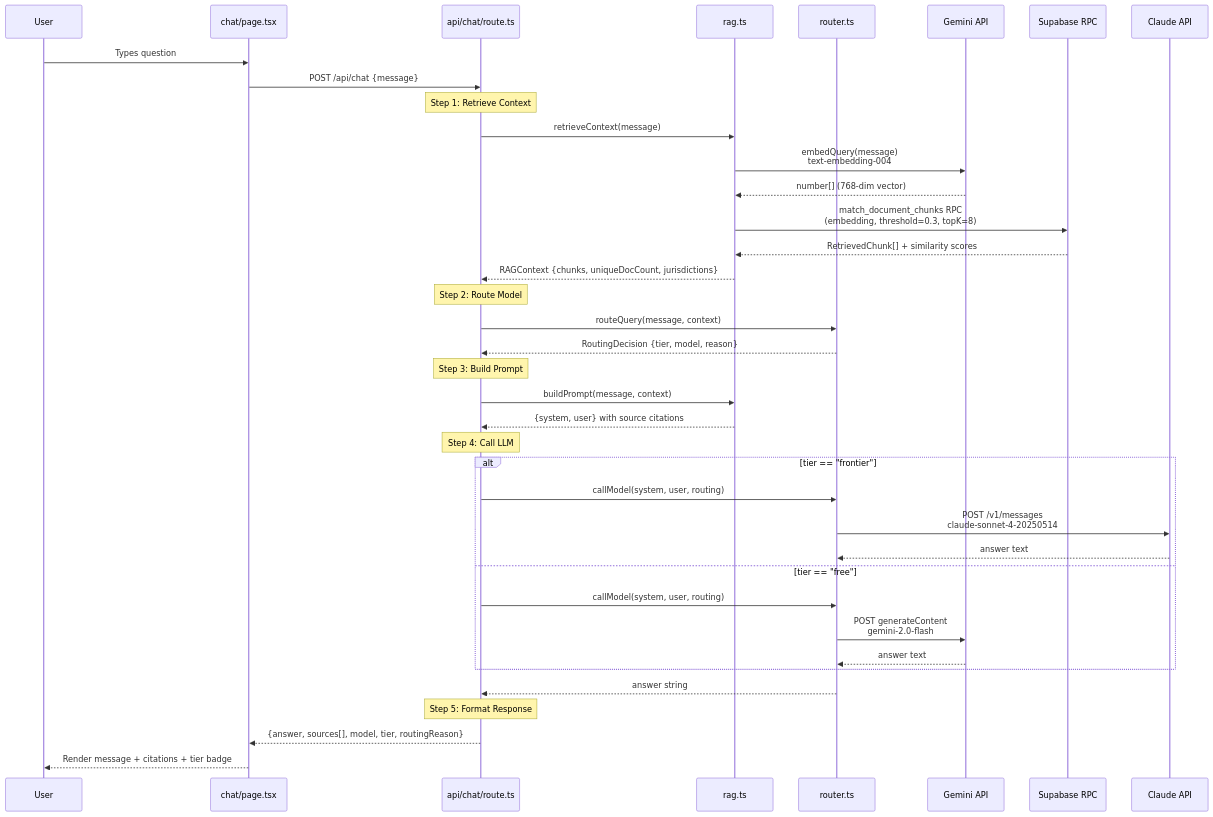
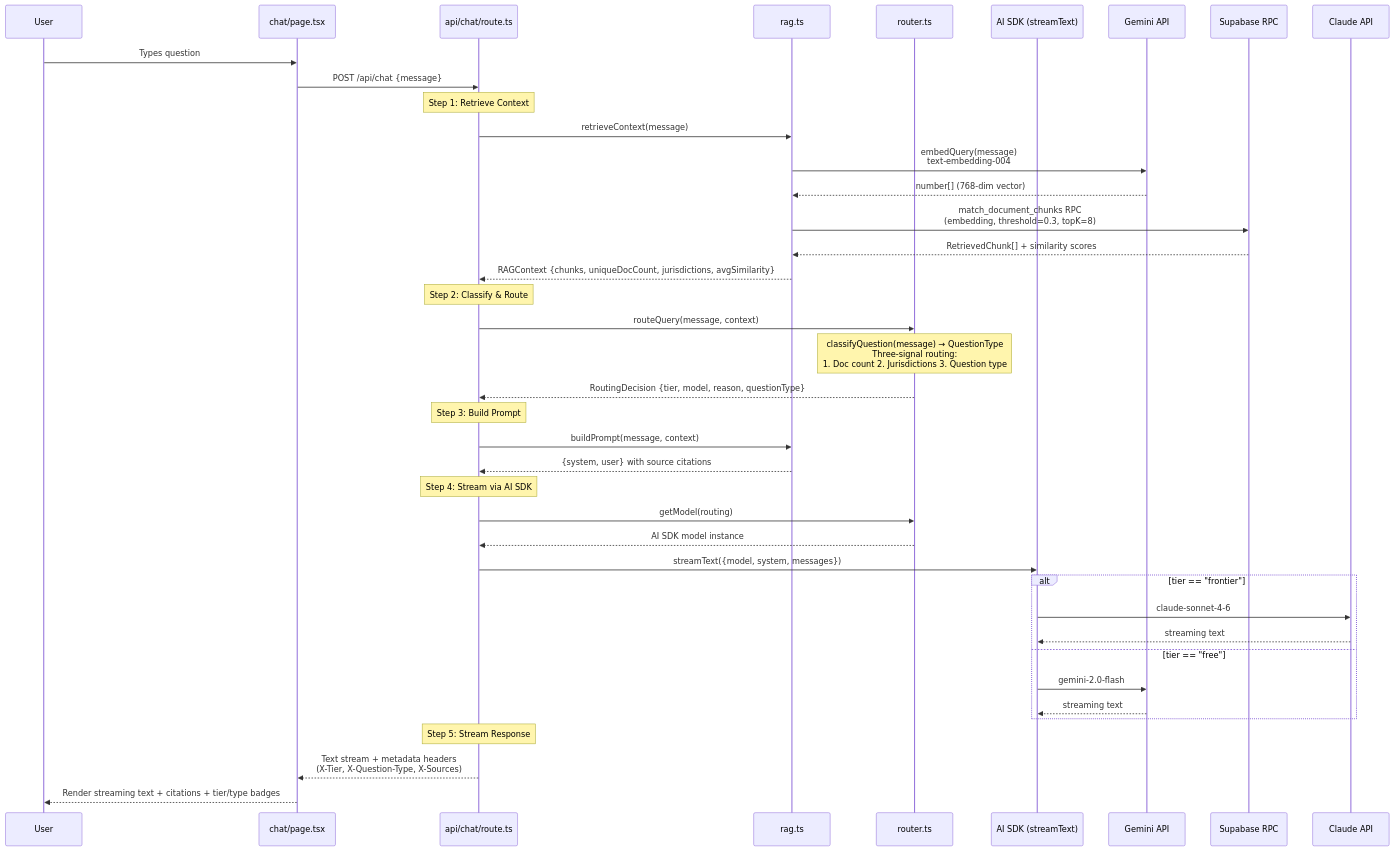
The sixth of 7 diagrams in docs/LOGIC_FLOW.md (t0sche/civic-lens), drawn with Mermaid before and after one commit. The commit also changed other lines of this file and 7 other files, not shown here.

First line of the commit message:
feat(chat): optimize LLM routing with question-type classification and AI SDK streaming

````diff
--- a/docs/LOGIC_FLOW.md
+++ b/docs/LOGIC_FLOW.md
@@ -663,46 +682,48 @@
 ```mermaid
 sequenceDiagram
     participant User
     participant ChatPage as chat/page.tsx
     participant API as api/chat/route.ts
     participant RAG as rag.ts
     participant Router as router.ts
+    participant AISDK as AI SDK (streamText)
     participant Gemini as Gemini API
     participant Supabase as Supabase RPC
     participant Claude as Claude API
 
     User->>ChatPage: Types question
     ChatPage->>API: POST /api/chat {message}
 
     Note over API: Step 1: Retrieve Context
     API->>RAG: retrieveContext(message)
     RAG->>Gemini: embedQuery(message)<br/>text-embedding-004
     Gemini-->>RAG: number[] (768-dim vector)
     RAG->>Supabase: match_document_chunks RPC<br/>(embedding, threshold=0.3, topK=8)
     Supabase-->>RAG: RetrievedChunk[] + similarity scores
-    RAG-->>API: RAGContext {chunks, uniqueDocCount, jurisdictions}
+    RAG-->>API: RAGContext {chunks, uniqueDocCount, jurisdictions, avgSimilarity}
 
-    Note over API: Step 2: Route Model
+    Note over API: Step 2: Classify & Route
     API->>Router: routeQuery(message, context)
-    Router-->>API: RoutingDecision {tier, model, reason}
+    Note over Router: classifyQuestion(message) → QuestionType<br/>Three-signal routing:<br/>1. Doc count 2. Jurisdictions 3. Question type
+    Router-->>API: RoutingDecision {tier, model, reason, questionType}
 
     Note over API: Step 3: Build Prompt
     API->>RAG: buildPrompt(message, context)
     RAG-->>API: {system, user} with source citations
 
-    Note over API: Step 4: Call LLM
+    Note over API: Step 4: Stream via AI SDK
+    API->>Router: getModel(routing)
+    Router-->>API: AI SDK model instance
+    API->>AISDK: streamText({model, system, messages})
     alt tier == "frontier"
-        API->>Router: callModel(system, user, routing)
-        Router->>Claude: POST /v1/messages<br/>claude-sonnet-4-20250514
-        Claude-->>Router: answer text
+        AISDK->>Claude: claude-sonnet-4-6
+        Claude-->>AISDK: streaming text
     else tier == "free"
-        API->>Router: callModel(system, user, routing)
-        Router->>Gemini: POST generateContent<br/>gemini-2.0-flash
-        Gemini-->>Router: answer text
+        AISDK->>Gemini: gemini-2.0-flash
+        Gemini-->>AISDK: streaming text
     end
-    Router-->>API: answer string
 
-    Note over API: Step 5: Format Response
-    API-->>ChatPage: {answer, sources[], model, tier, routingReason}
-    ChatPage-->>User: Render message + citations + tier badge
+    Note over API: Step 5: Stream Response
+    API-->>ChatPage: Text stream + metadata headers<br/>(X-Tier, X-Question-Type, X-Sources)
+    ChatPage-->>User: Render streaming text + citations + tier/type badges
 ```
````
